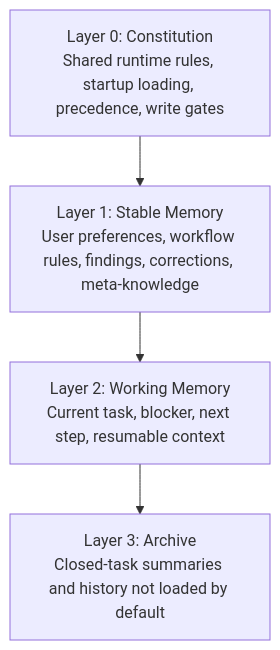
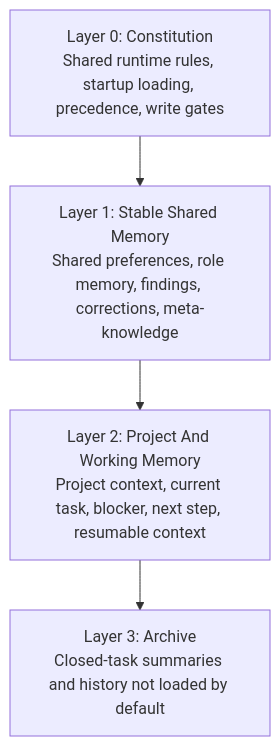
Before and after one commit to PHLens/pamem: the first of 2 diagrams in DESIGN.md, drawn with Mermaid. The commit also changed other lines of this file and 5 other files, not shown here.

````diff
--- a/DESIGN.md
+++ b/DESIGN.md
@@ -9,11 +9,11 @@
 ```mermaid
 flowchart TD
     L0["Layer 0: Constitution<br/>Shared runtime rules, startup loading, precedence, write gates"]
-    L1["Layer 1: Stable Memory<br/>User preferences, workflow rules, findings, corrections, meta-knowledge"]
-    L2["Layer 2: Working Memory<br/>Current task, blocker, next step, resumable context"]
+    L1["Layer 1: Stable Shared Memory<br/>Shared preferences, role memory, findings, corrections, meta-knowledge"]
+    L2["Layer 2: Project And Working Memory<br/>Project context, current task, blocker, next step, resumable context"]
     L3["Layer 3: Archive<br/>Closed-task summaries and history not loaded by default"]
 
     L0 --> L1
     L1 --> L2
     L2 --> L3
 ```
````
